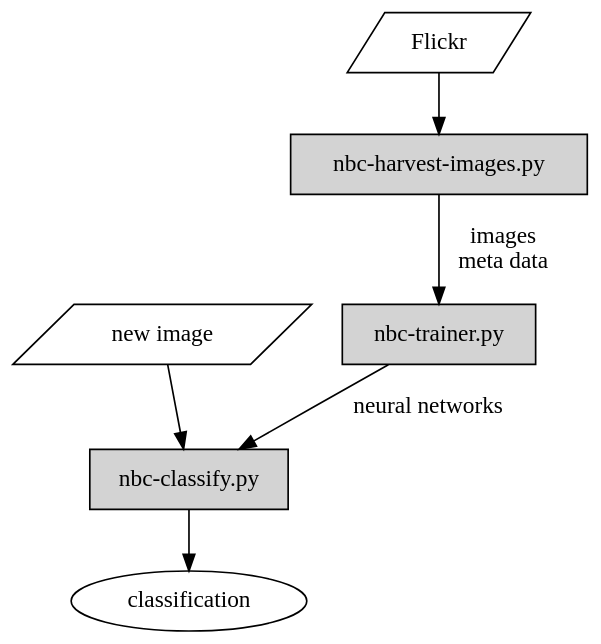
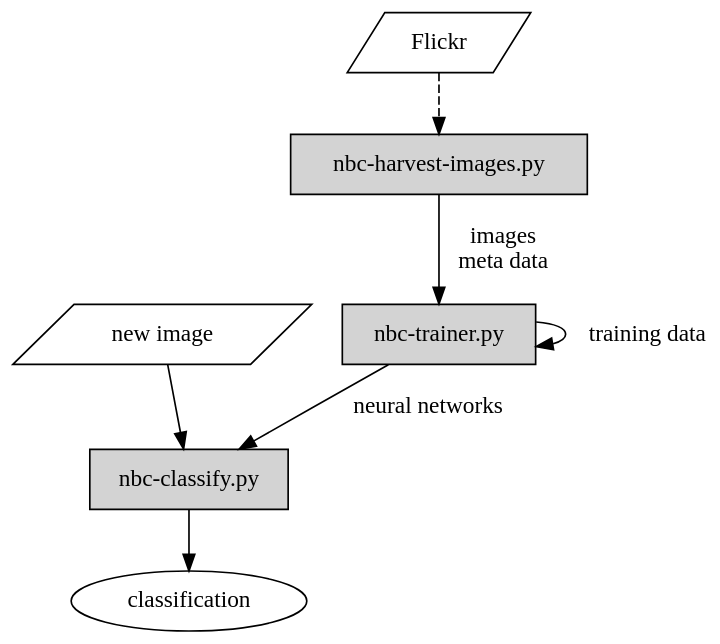
Before and after one commit to naturalis/nbclassify: the diagram in nbclassify/docs/scripts.rst, drawn with Graphviz.

Commit message:
Updated the scripts workflow graph

```diff
--- a/nbclassify/docs/scripts.rst
+++ b/nbclassify/docs/scripts.rst
@@ -24,14 +24,15 @@
 .. graphviz::
 
    digraph scripts {
         bgcolor="transparent";
         node [shape=ellipse]; classification;
         node [shape=parallelogram]; Flickr; "new image";
         node [shape=box,style=filled]; "nbc-harvest-images.py"; "nbc-trainer.py"; "nbc-classify.py";
 
-        Flickr -> "nbc-harvest-images.py";
+        Flickr -> "nbc-harvest-images.py" [ style=dashed ];
         "new image" -> "nbc-classify.py";
         "nbc-harvest-images.py" -> "nbc-trainer.py" [ label=" images\n meta data" ];
         "nbc-trainer.py" -> "nbc-classify.py" [ label=" neural networks" ];
+        "nbc-trainer.py" -> "nbc-trainer.py" [ label=" training data" ];
         "nbc-classify.py" -> "classification";
    }
```
